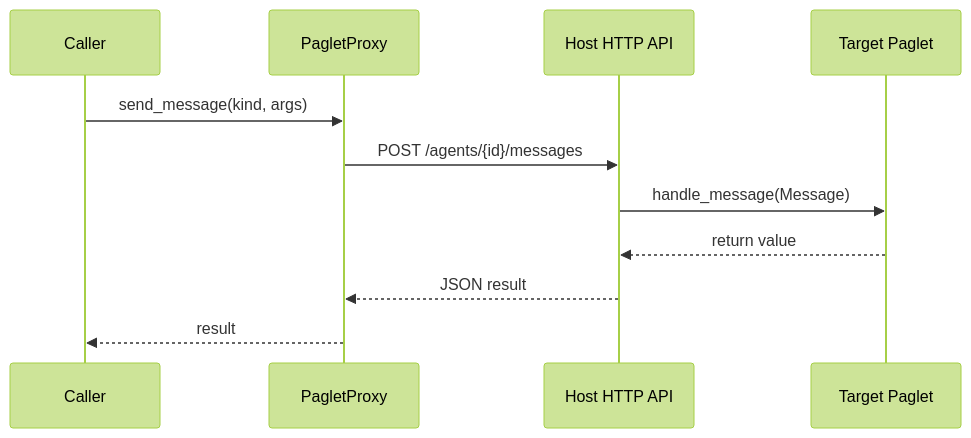
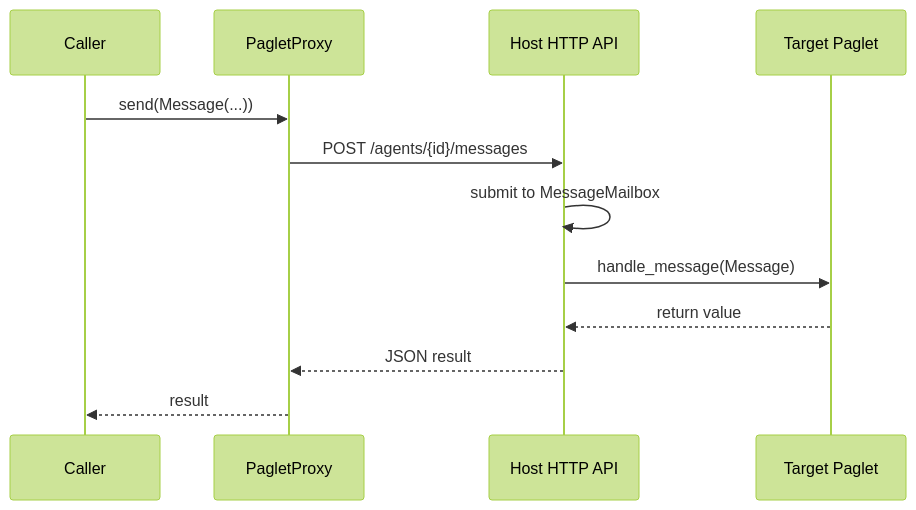
One commit to cklukas/paglets changed the second of 2 diagrams in docs/internal-workings.md. Above: the diagram before and after it, drawn with Mermaid (forest theme). The commit also changed other lines of this file and 38 other files, not shown here.

````diff
--- a/docs/internal-workings.md
+++ b/docs/internal-workings.md
@@ -86,14 +86,15 @@
 ```mermaid
 sequenceDiagram
     participant C as Caller
     participant X as PagletProxy
     participant H as Host HTTP API
     participant P as Target Paglet
 
-    C->>X: send_message(kind, args)
+    C->>X: send(Message(...))
     X->>H: POST /agents/{id}/messages
+    H->>H: submit to MessageMailbox
     H->>P: handle_message(Message)
     P-->>H: return value
     H-->>X: JSON result
     X-->>C: result
 ```
````
